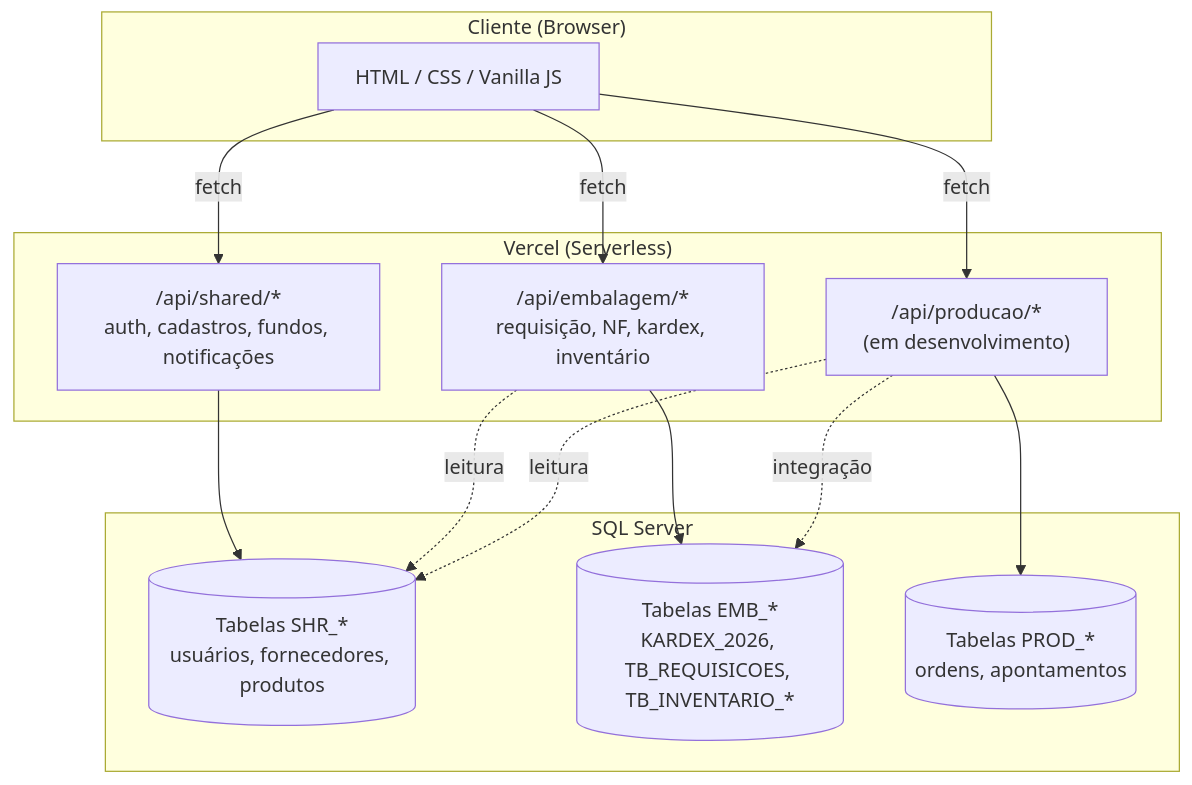
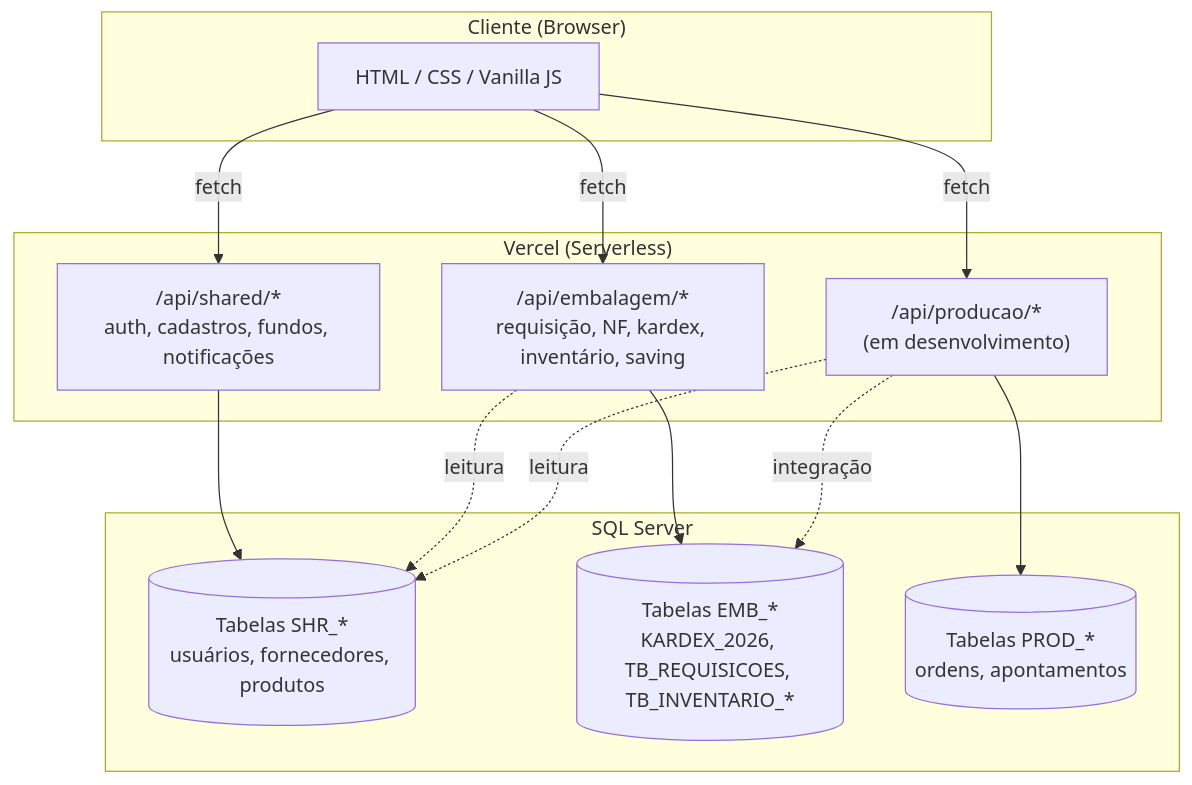
One commit to RodrigoF-Lara/sgc-sistema-gestao-customic changed the first of 3 diagrams in ARCHITECTURE.md. Above: the diagram before and after it, drawn with Mermaid. The commit also changed other lines of this file and 9 other files, not shown here.

````diff
--- a/ARCHITECTURE.md
+++ b/ARCHITECTURE.md
@@ -25,28 +25,28 @@
 ```mermaid
 flowchart TB
     subgraph Client[" Cliente (Browser) "]
         UI[HTML / CSS / Vanilla JS]
     end
 
     subgraph Vercel[" Vercel (Serverless) "]
         SHARED_API["/api/shared/*<br/>auth, cadastros, fundos, notificações"]
-        EMB_API["/api/embalagem/*<br/>requisição, NF, kardex, inventário"]
+        EMB_API["/api/embalagem/*<br/>requisição, NF, kardex, inventário, saving"]
         PROD_API["/api/producao/*<br/>(em desenvolvimento)"]
     end
 
     subgraph DB[" SQL Server "]
         SHR_T[(Tabelas SHR_*<br/>usuários, fornecedores, produtos)]
         EMB_T[(Tabelas EMB_*<br/>KARDEX_2026, TB_REQUISICOES, TB_INVENTARIO_*)]
         PROD_T[(Tabelas PROD_*<br/>ordens, apontamentos)]
     end
 
     UI -->|fetch| SHARED_API
     UI -->|fetch| EMB_API
     UI -->|fetch| PROD_API
     SHARED_API --> SHR_T
     EMB_API --> EMB_T
     EMB_API -.->|leitura| SHR_T
     PROD_API --> PROD_T
     PROD_API -.->|leitura| SHR_T
     PROD_API -.->|integração| EMB_T
 ```
````
